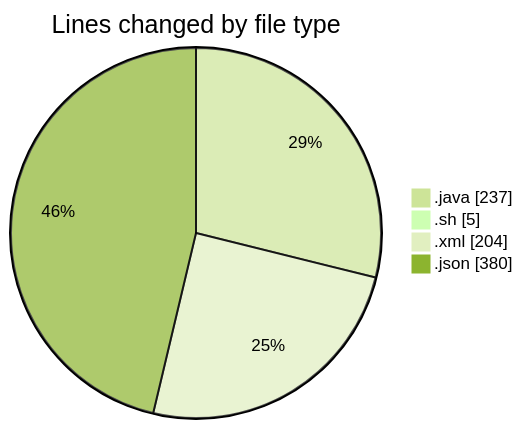
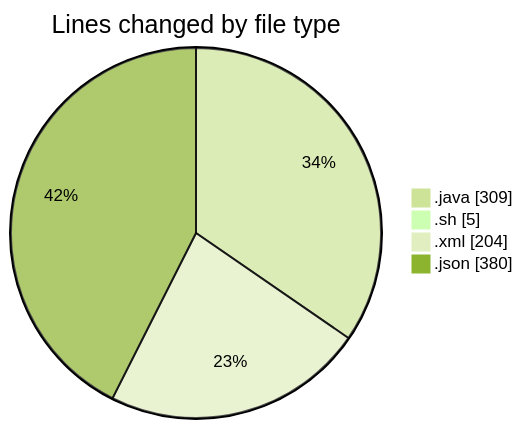
The first of 2 diagrams in 2025-02-19/micros/README.md (charlie-sans/code-tracking), drawn with Mermaid (forest theme) before and after one commit. The commit also changed other lines of this file and 1 other file, not shown here.

````diff
--- a/2025-02-19/micros/README.md
+++ b/2025-02-19/micros/README.md
@@ -26,8 +26,8 @@
 ```mermaid
 pie showData
 title Lines changed by file type
-".java" : 237
+".java" : 309
 ".sh" : 5
 ".xml" : 204
 ".json" : 380
 ```
````
